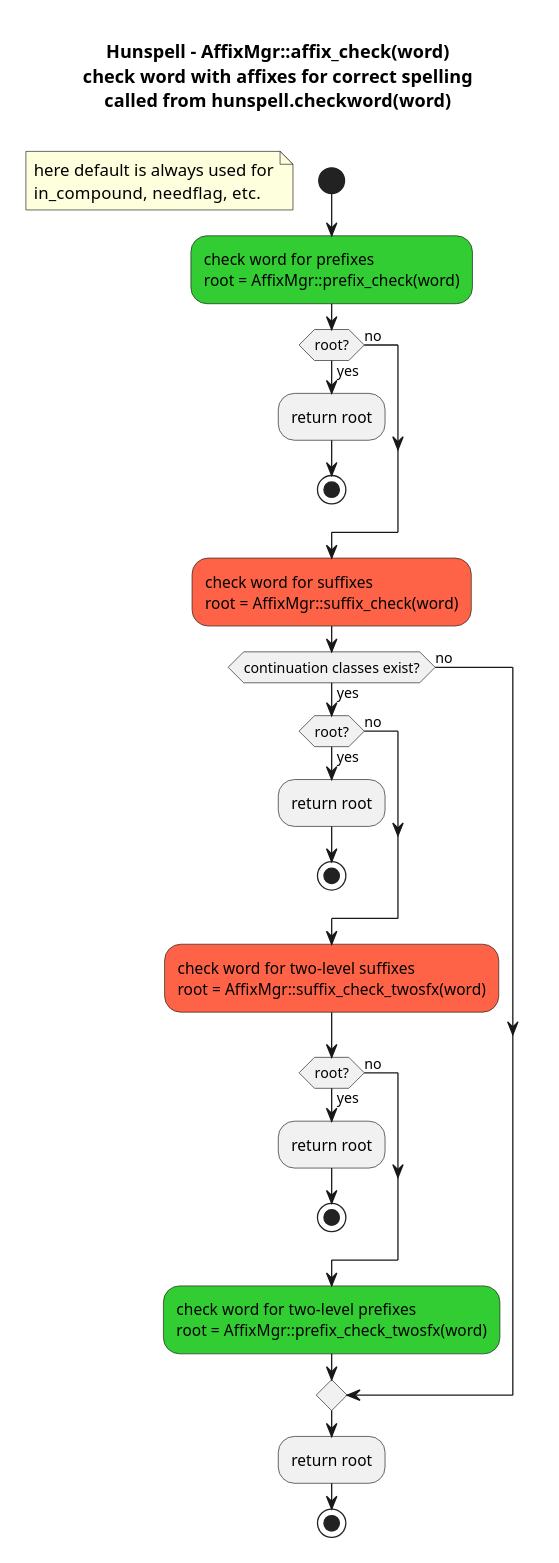
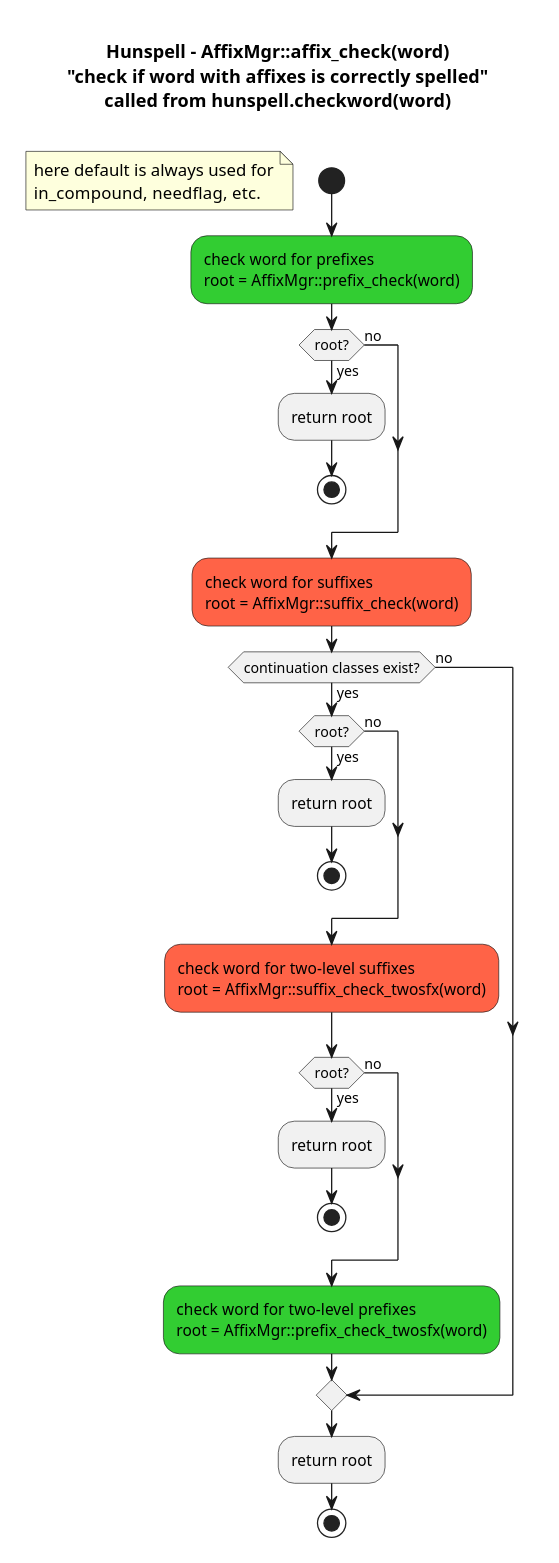
One commit to nuspell/misc-nuspell changed the diagram in uml/plantuml/affix-check-activity-diagram.pu. Above: the diagram before and after it, drawn with PlantUML. The commit also changed 9 other files, not shown here.

```diff
--- a/uml/plantuml/affix-check-activity-diagram.pu
+++ b/uml/plantuml/affix-check-activity-diagram.pu
@@ -1,38 +1,38 @@
 @startuml
 skinparam backgroundcolor White|White
 
-title Hunspell - AffixMgr::affix_check(word)\ncheck word with affixes for correct spelling\ncalled from hunspell.checkword(word)\n
+title Hunspell - AffixMgr::affix_check(word)\n"check if word with affixes is correctly spelled"\ncalled from hunspell.checkword(word)\n
 
 start
 floating note: here default is always used for\nin_compound, needflag,  etc.
 
 #limegreen:check word for prefixes\nroot = AffixMgr::prefix_check(word);
 if (root?) then (yes)
 	:return root;
 	stop
 else (no)
 endif
 
 #tomato:check word for suffixes\nroot = AffixMgr::suffix_check(word);
 if (continuation classes exist?) then (yes)
 	if (root?) then (yes)
 		:return root;
 		stop
 	else (no)
 	endif
 
 	#tomato:check word for two-level suffixes\nroot = AffixMgr::suffix_check_twosfx(word);
 	if (root?) then (yes)
 		:return root;
 		stop
 	else (no)
 	endif
 
 	#limegreen:check word for two-level prefixes\nroot = AffixMgr::prefix_check_twosfx(word);
 else (no)
 endif
 
 :return root;
 stop
 
 @enduml
```
